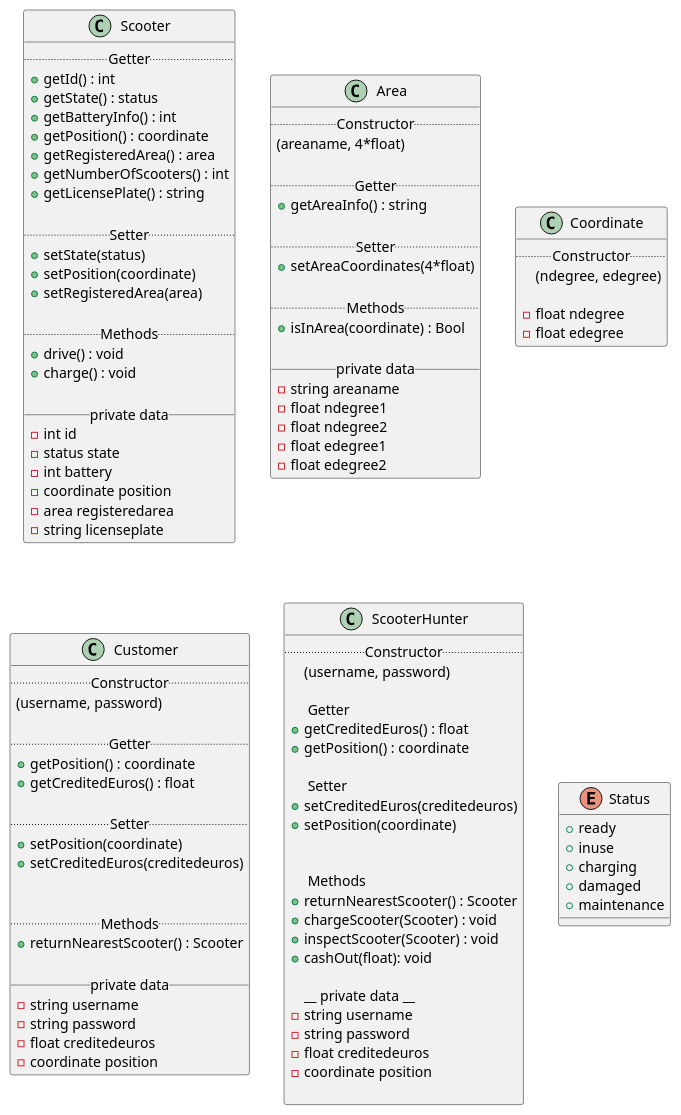
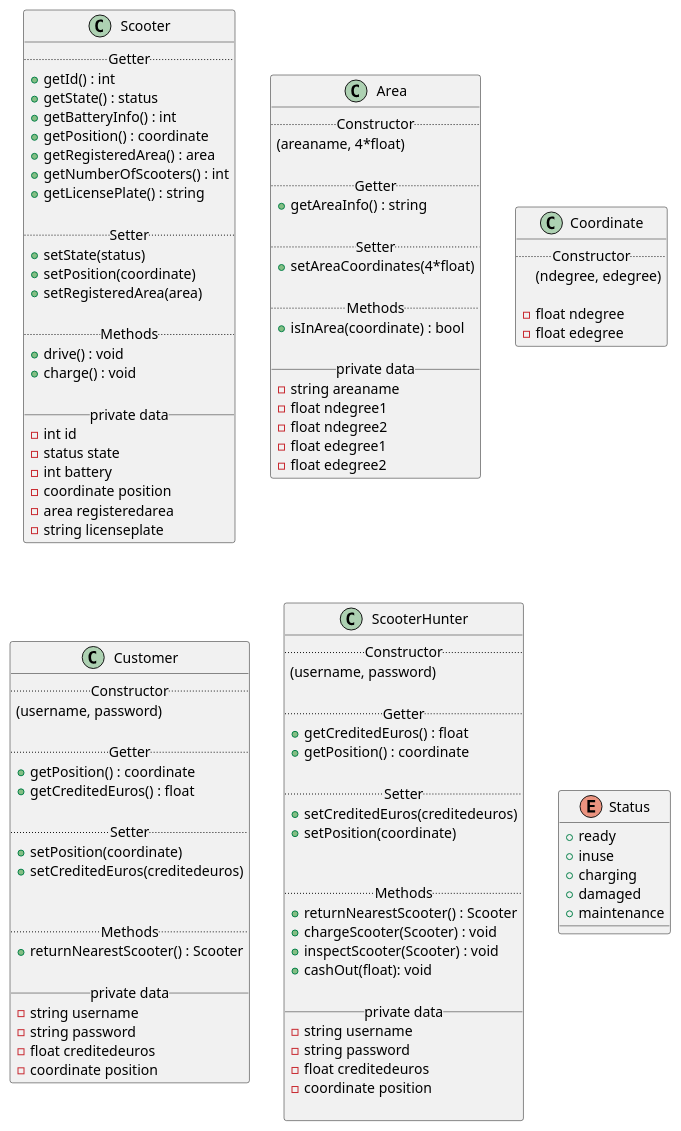
The diagram in umldiagram.iuml (fh-erfurt/Scooter-MS), drawn with PlantUML before and after one commit.

Commit message:
updated UML

```diff
--- a/umldiagram.iuml
+++ b/umldiagram.iuml
@@ -1,137 +1,137 @@
 @startuml
 
 
 
 
 
 skinparam componentStyle uml2
 
 
 
 class Scooter {
     .. Getter ..
   + getId() : int
   + getState() : status
   + getBatteryInfo() : int
   + getPosition() : coordinate
   + getRegisteredArea() : area
   + getNumberOfScooters() : int
   + getLicensePlate() : string
 
   .. Setter ..
   + setState(status)
   + setPosition(coordinate)
   + setRegisteredArea(area)
 
   .. Methods ..
   + drive() : void
   + charge() : void
 
   __ private data __
   -int id
   -status state
   -int battery
   -coordinate position
   -area registeredarea
   -string licenseplate
 }
 
 class Area {
   .. Constructor ..
   (areaname, 4*float)
 
   .. Getter ..
   + getAreaInfo() : string
 
   .. Setter ..
   + setAreaCoordinates(4*float)
 
   .. Methods ..
-  + isInArea(coordinate) : Bool
+  + isInArea(coordinate) : bool
 
   __ private data __
   -string areaname
   -float ndegree1
   -float ndegree2
   -float edegree1
   -float edegree2
 }
 
 
 
 class Coordinate {
   .. Constructor ..
   (ndegree, edegree)
 
   -float ndegree
   -float edegree
 }
 
 
 class Customer {
   .. Constructor ..
   (username, password)
 
   .. Getter ..
   + getPosition() : coordinate
   + getCreditedEuros() : float
 
   .. Setter ..
   + setPosition(coordinate)
   + setCreditedEuros(creditedeuros)
 
 
   .. Methods ..
   + returnNearestScooter() : Scooter
 
   __ private data __
   -string username
   -string password
   -float creditedeuros
   -coordinate position
 }
 
 class ScooterHunter {
   .. Constructor ..
     (username, password)
 
-    .. Getter ..
-    + getCreditedEuros() : float
-    + getPosition() : coordinate
+  .. Getter ..
+  + getCreditedEuros() : float
+  + getPosition() : coordinate
 
-    .. Setter ..
-    + setCreditedEuros(creditedeuros)
-    + setPosition(coordinate)
+  .. Setter ..
+  + setCreditedEuros(creditedeuros)
+  + setPosition(coordinate)
 
 
-    .. Methods ..
-    + returnNearestScooter() : Scooter
-    + chargeScooter(Scooter) : void
-    + inspectScooter(Scooter) : void
-    + cashOut(float): void
+  .. Methods ..
+  + returnNearestScooter() : Scooter
+  + chargeScooter(Scooter) : void
+  + inspectScooter(Scooter) : void
+  + cashOut(float): void
 
-    __ private data __
-    -string username
-    -string password
-    -float creditedeuros
-    -coordinate position
+  __ private data __
+  -string username
+  -string password
+  -float creditedeuros
+  -coordinate position
 
 }
 
 
 
 enum Status {
   + ready
   + inuse
   + charging
   + damaged
   + maintenance
 }
 
 
 
 
 
 
 
 @enduml
```
